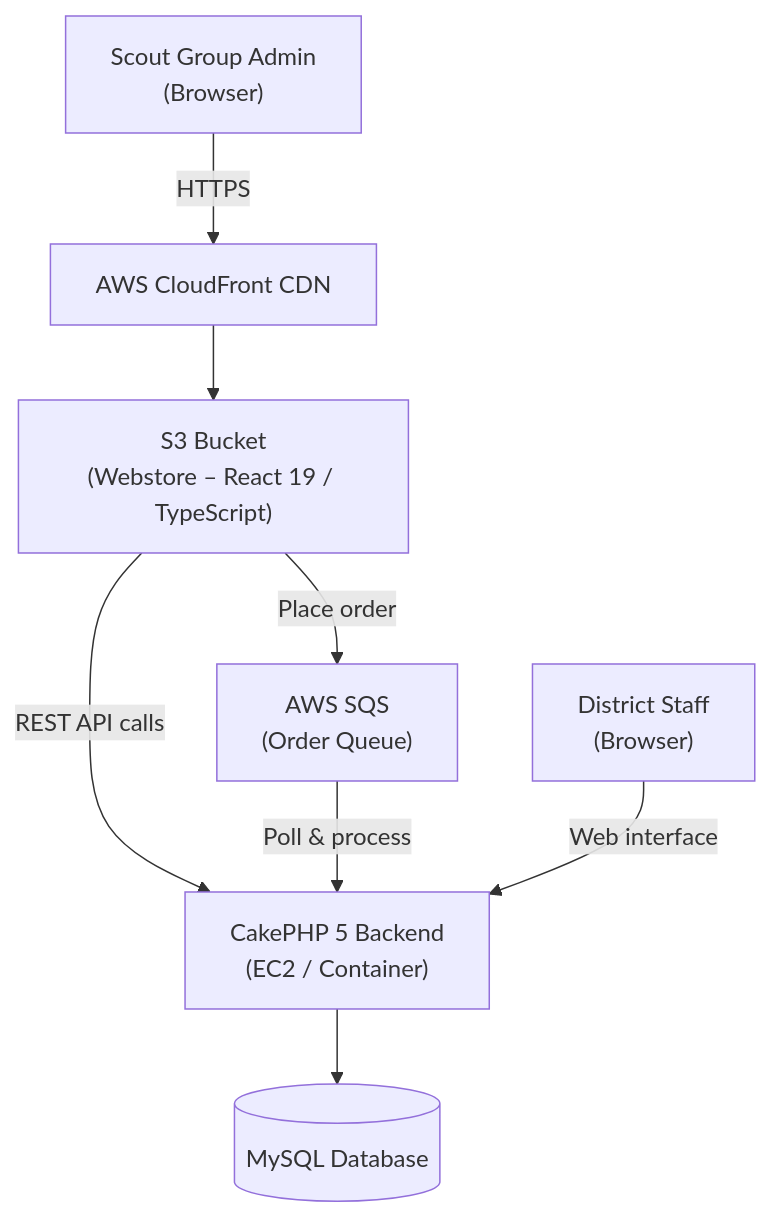
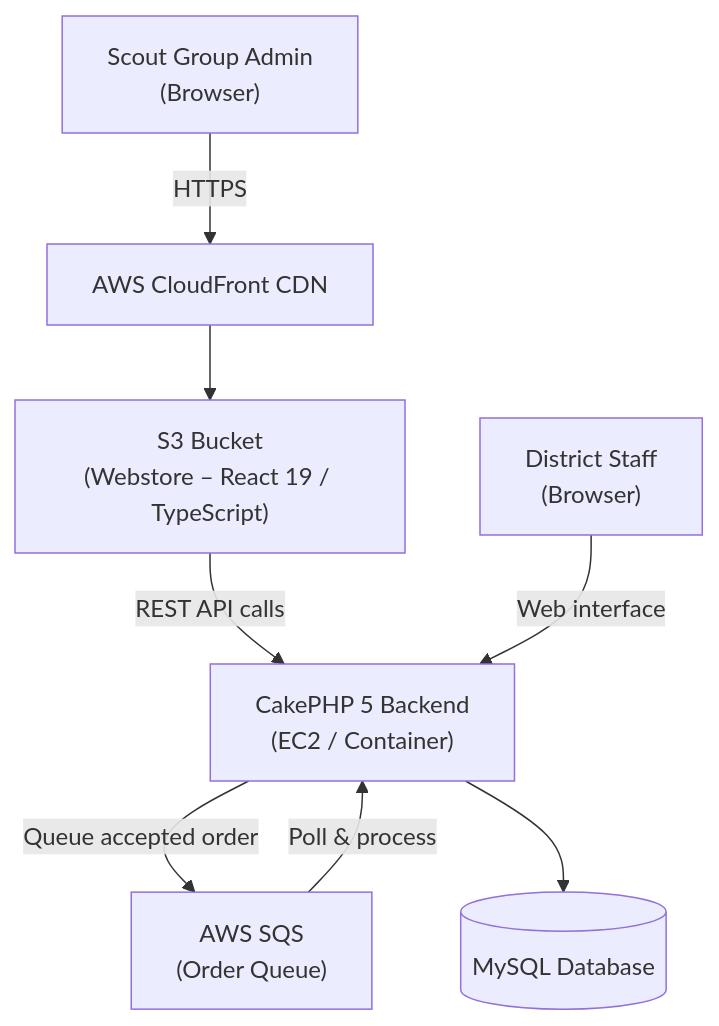
Before and after one commit to LBDistrictScouts/DistrictBadges: the diagram in README.md, drawn with Mermaid. The commit also changed other lines of this file and 74 other files, not shown here.

````diff
--- a/README.md
+++ b/README.md
@@ -18,10 +18,10 @@
 ```mermaid
 graph TD
     A["Scout Group Admin\n(Browser)"] -->|HTTPS| B[AWS CloudFront CDN]
     B --> C["S3 Bucket\n(Webstore – React 19 / TypeScript)"]
     C -->|REST API calls| D["CakePHP 5 Backend\n(EC2 / Container)"]
-    C -->|Place order| E["AWS SQS\n(Order Queue)"]
+    D -->|Queue accepted order| E["AWS SQS\n(Order Queue)"]
     E -->|Poll & process| D
     D --> F[(MySQL Database)]
     G["District Staff\n(Browser)"] -->|Web interface| D
 ```
````
